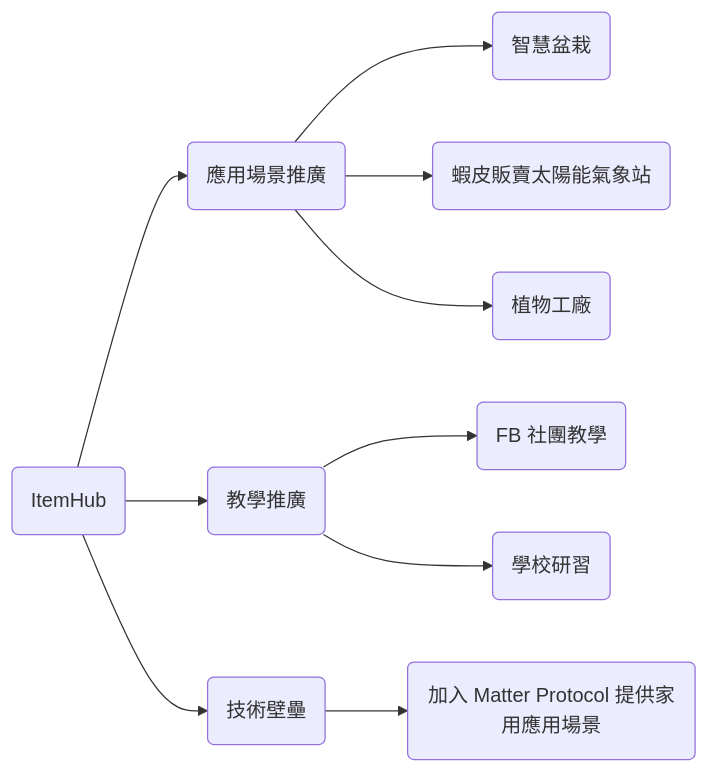
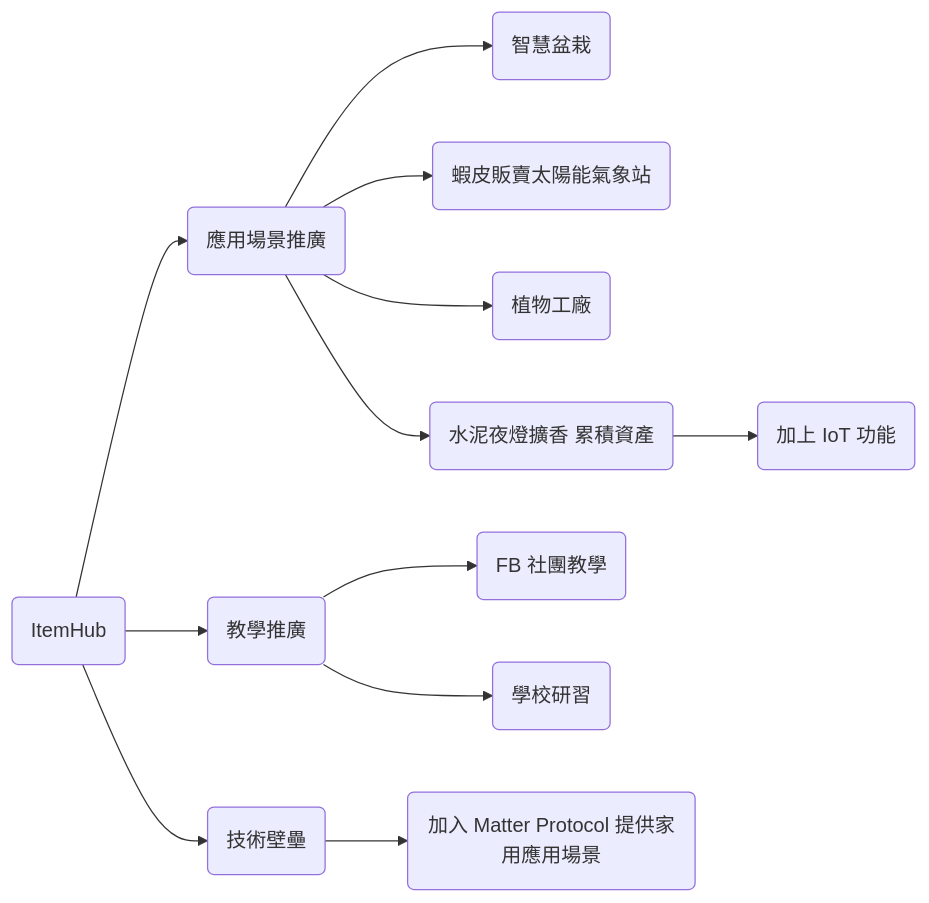
The diagram in README.md (miterfrants/itemhub), drawn with Mermaid before and after one commit.

````diff
--- a/README.md
+++ b/README.md
@@ -3,12 +3,14 @@
 ```mermaid
 graph LR
     A(ItemHub) --> B(應用場景推廣)
     B --> C(智慧盆栽)
     B --> D(蝦皮販賣太陽能氣象站)
     B --> E(植物工廠)
+    B --> K(水泥夜燈擴香 累積資產)
+    K --> L(加上 IoT 功能)
     A --> F(教學推廣)
     F --> G(FB 社團教學)
     F --> H(學校研習)
     A --> I(技術壁壘)
     I --> J(加入 Matter Protocol 提供家用應用場景)
 ```
````
